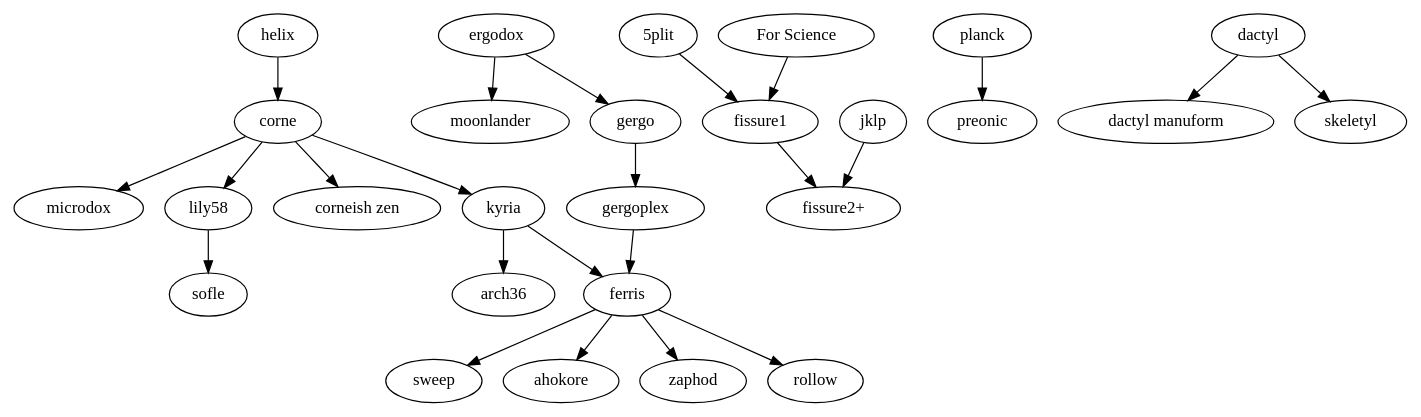
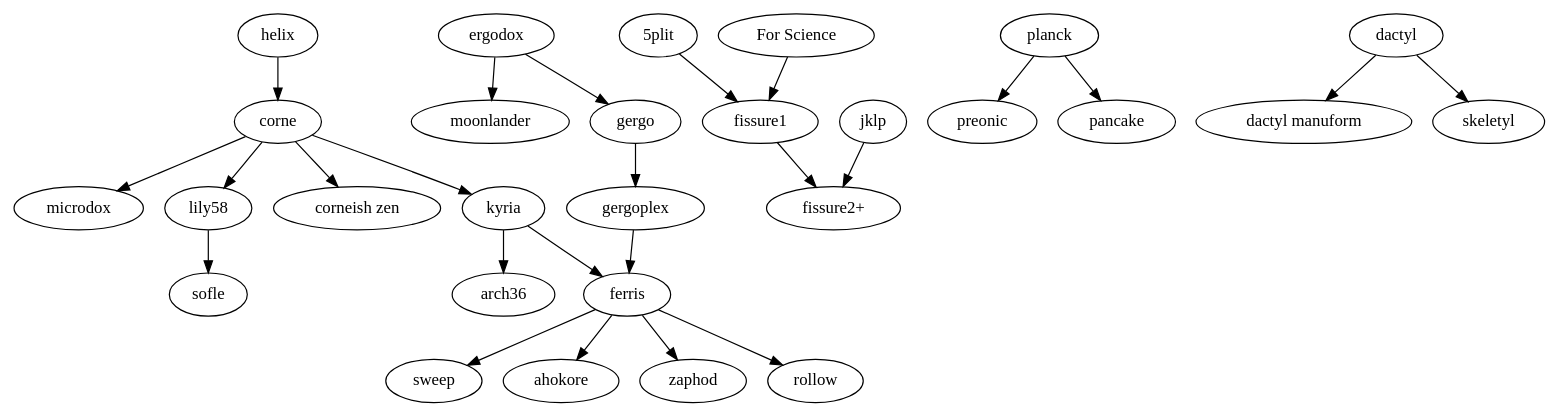
The diagram in tree.gv (petejohanson/mk-family-tree), drawn with Graphviz before and after one commit.

Commit message:
Add the Pancake.

```diff
--- a/tree.gv
+++ b/tree.gv
@@ -1,50 +1,53 @@
 digraph T {
   subgraph splits {
     helix -> corne;
 
     corne -> {
       kyria,
       microdox,
       lily58,
       "corneish zen";
     };
 
     lily58 -> sofle;
 
     kyria -> {
         ferris,
         arch36
     };
 
     ergodox -> {
       gergo,
       moonlander
     };
 
     gergo -> gergoplex;
     gergoplex -> ferris;
 
     ferris -> {
       sweep,
       ahokore,
       zaphod,
       rollow
     };
 
     "5plit" -> "fissure1";
     "For Science" -> "fissure1";
     fissure1 -> "fissure2+";
     jklp -> "fissure2+";
   }
 
   subgraph ortholinear {
-    planck -> preonic;
+    planck -> {
+      preonic,
+      pancake
+    };
   }
 
   subgraph {
     dactyl -> {
       "dactyl manuform",
       skeletyl
     }
   }
 }
```
